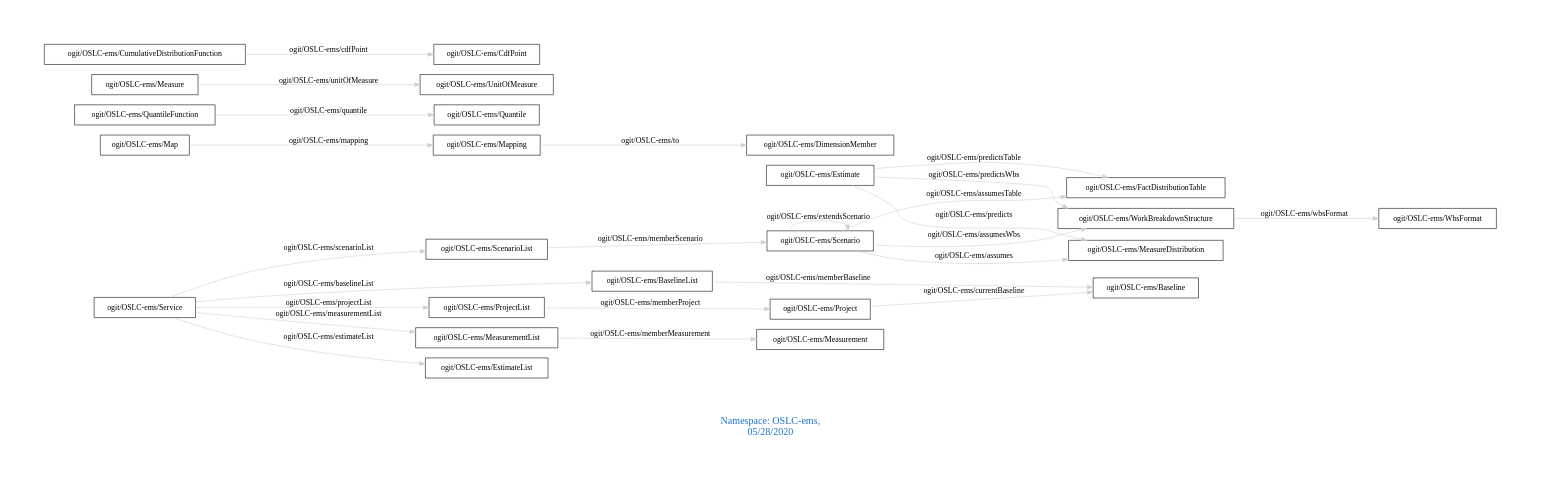
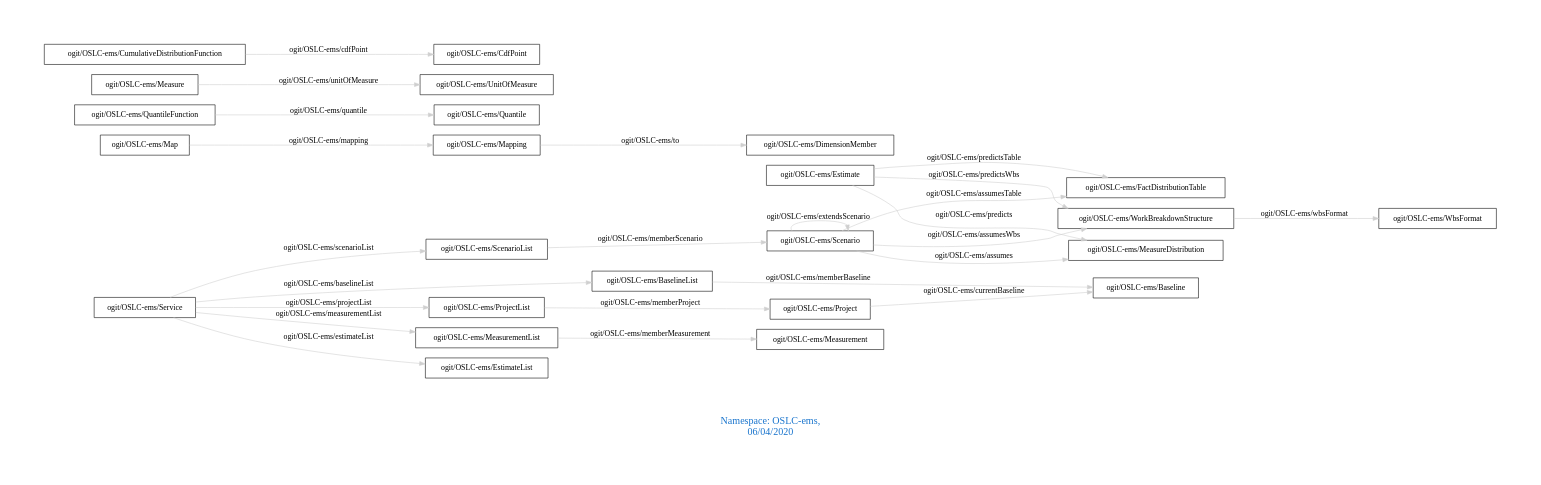
The diagram in downloads/OSLC-ems.dot (arago/OGIT), drawn with Graphviz before and after one commit. The commit also changed 1715 other files, not shown here.

```diff
--- a/downloads/OSLC-ems.dot
+++ b/downloads/OSLC-ems.dot
@@ -1,31 +1,31 @@
 digraph OGIT_ontology {
  graph [ rankdir= LR,pad=1 
 fontsize = 18,
-fontcolor= dodgerblue3,label = "\n\n\nNamespace: OSLC-ems, \n 05/28/2020"];
+fontcolor= dodgerblue3,label = "\n\n\nNamespace: OSLC-ems, \n 06/04/2020"];
 node[shape=polygon];
 edge [  color="gray81"];
 
    "ogit/OSLC-ems/Estimate" -> "ogit/OSLC-ems/MeasureDistribution" [label="   ogit/OSLC-ems/predicts    "];
    "ogit/OSLC-ems/Mapping" -> "ogit/OSLC-ems/DimensionMember" [label="   ogit/OSLC-ems/to    "];
    "ogit/OSLC-ems/Service" -> "ogit/OSLC-ems/ProjectList" [label="   ogit/OSLC-ems/projectList    "];
    "ogit/OSLC-ems/QuantileFunction" -> "ogit/OSLC-ems/Quantile" [label="   ogit/OSLC-ems/quantile    "];
    "ogit/OSLC-ems/Service" -> "ogit/OSLC-ems/ScenarioList" [label="   ogit/OSLC-ems/scenarioList    "];
    "ogit/OSLC-ems/Measure" -> "ogit/OSLC-ems/UnitOfMeasure" [label="   ogit/OSLC-ems/unitOfMeasure    "];
    "ogit/OSLC-ems/ScenarioList" -> "ogit/OSLC-ems/Scenario" [label="   ogit/OSLC-ems/memberScenario    "];
    "ogit/OSLC-ems/Estimate" -> "ogit/OSLC-ems/FactDistributionTable" [label="   ogit/OSLC-ems/predictsTable    "];
    "ogit/OSLC-ems/BaselineList" -> "ogit/OSLC-ems/Baseline" [label="   ogit/OSLC-ems/memberBaseline    "];
    "ogit/OSLC-ems/Scenario" -> "ogit/OSLC-ems/WorkBreakdownStructure" [label="   ogit/OSLC-ems/assumesWbs    "];
    "ogit/OSLC-ems/CumulativeDistributionFunction" -> "ogit/OSLC-ems/CdfPoint" [label="   ogit/OSLC-ems/cdfPoint    "];
    "ogit/OSLC-ems/Project" -> "ogit/OSLC-ems/Baseline" [label="   ogit/OSLC-ems/currentBaseline    "];
    "ogit/OSLC-ems/ProjectList" -> "ogit/OSLC-ems/Project" [label="   ogit/OSLC-ems/memberProject    "];
    "ogit/OSLC-ems/Service" -> "ogit/OSLC-ems/BaselineList" [label="   ogit/OSLC-ems/baselineList    "];
    "ogit/OSLC-ems/Estimate" -> "ogit/OSLC-ems/WorkBreakdownStructure" [label="   ogit/OSLC-ems/predictsWbs    "];
    "ogit/OSLC-ems/Map" -> "ogit/OSLC-ems/Mapping" [label="   ogit/OSLC-ems/mapping    "];
    "ogit/OSLC-ems/MeasurementList" -> "ogit/OSLC-ems/Measurement" [label="   ogit/OSLC-ems/memberMeasurement    "];
    "ogit/OSLC-ems/Service" -> "ogit/OSLC-ems/MeasurementList" [label="   ogit/OSLC-ems/measurementList    "];
    "ogit/OSLC-ems/WorkBreakdownStructure" -> "ogit/OSLC-ems/WbsFormat" [label="   ogit/OSLC-ems/wbsFormat    "];
    "ogit/OSLC-ems/Service" -> "ogit/OSLC-ems/EstimateList" [label="   ogit/OSLC-ems/estimateList    "];
    "ogit/OSLC-ems/Scenario" -> "ogit/OSLC-ems/MeasureDistribution" [label="   ogit/OSLC-ems/assumes    "];
    "ogit/OSLC-ems/Scenario" -> "ogit/OSLC-ems/FactDistributionTable" [label="   ogit/OSLC-ems/assumesTable    "];
    "ogit/OSLC-ems/Scenario" -> "ogit/OSLC-ems/Scenario" [label="   ogit/OSLC-ems/extendsScenario    "];
 }
```
